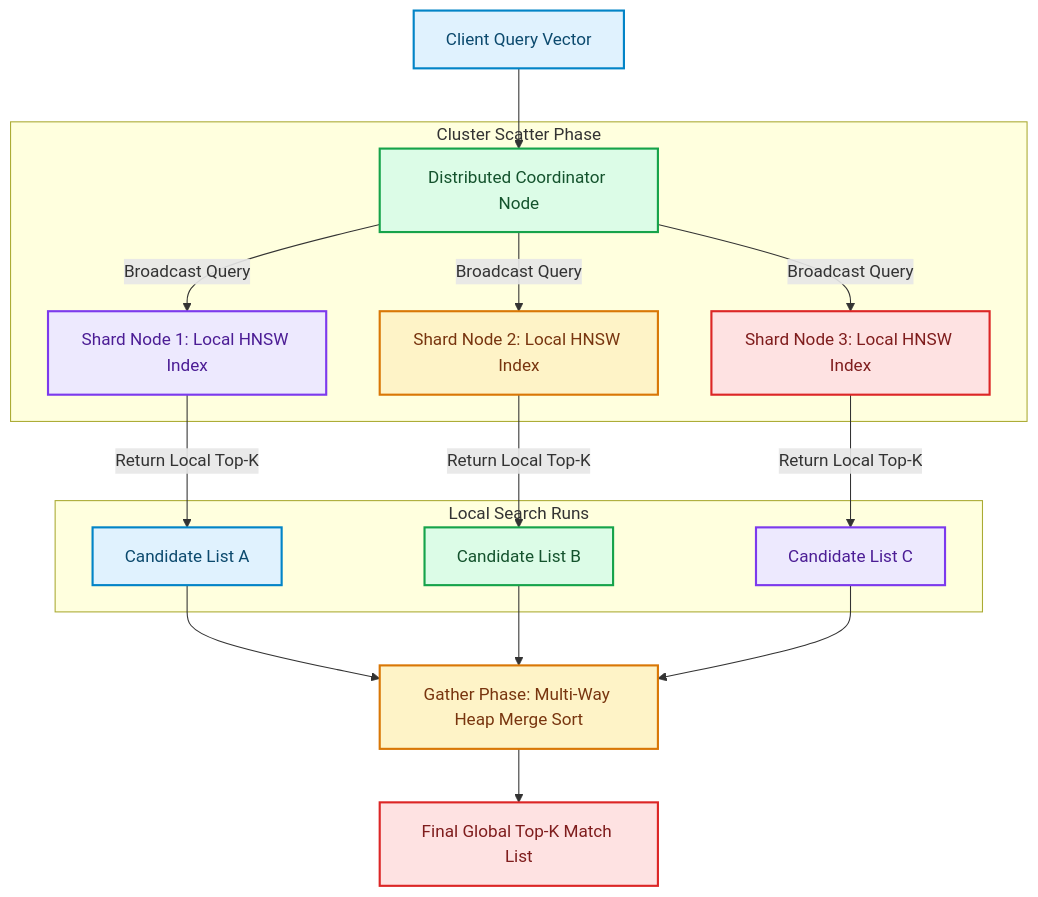
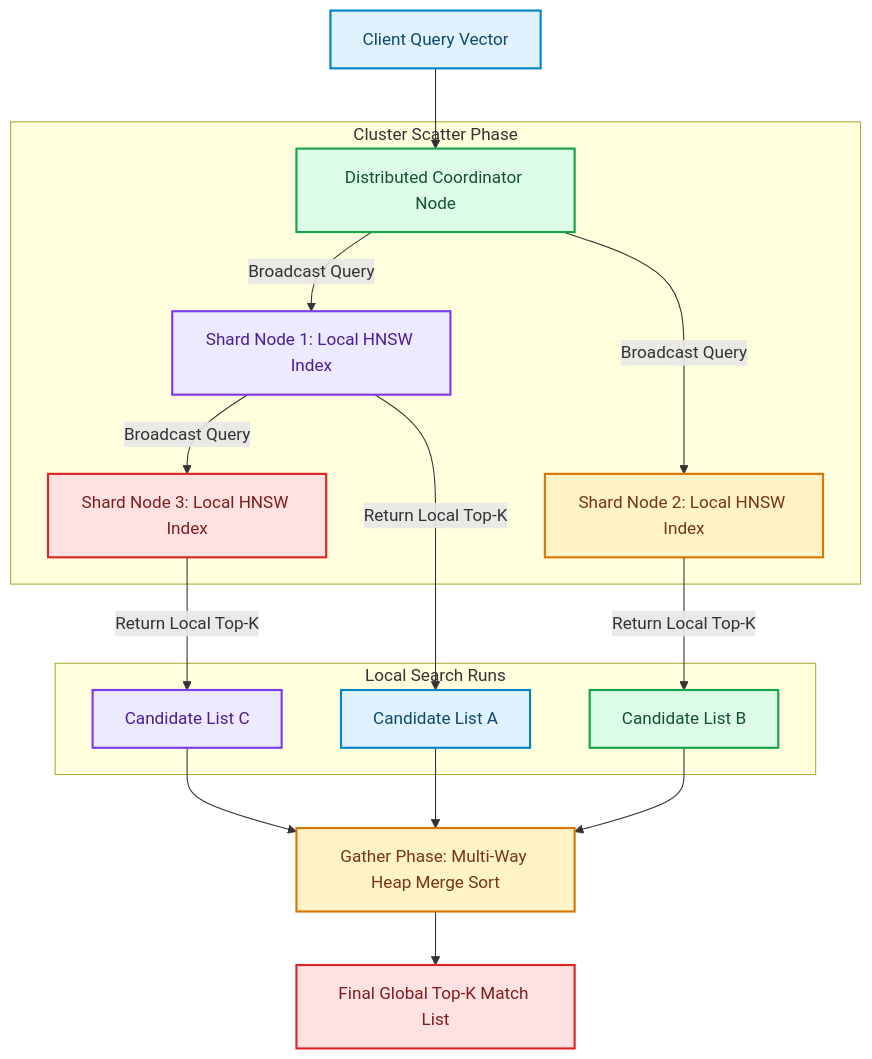
One commit to akmalkhaniub/akmalkhaniub.github.io changed the diagram in blog/posts/distributed-vector-routing-sharding-query-merging-multi-node-indexes.md. Above: the diagram before and after it, drawn with Mermaid. The commit also changed other lines of this file and 894 other files, not shown here.

Commit message:
feat(blog): upgrade all 444 posts with unique staggered dates, 2-col Mermaid spines, benchmark tables, code blocks, and trade-offs

````diff
--- a/blog/posts/distributed-vector-routing-sharding-query-merging-multi-node-indexes.md
+++ b/blog/posts/distributed-vector-routing-sharding-query-merging-multi-node-indexes.md
@@ -17,33 +17,33 @@
 ```mermaid
 flowchart TD
   A["Client Query Vector"] --> B["Distributed Coordinator Node"]
   
   subgraph SG1_ClusterScatterPhase ["Cluster Scatter Phase"]
     B -->|Broadcast Query| C["Shard Node 1: Local HNSW Index"]
     B -->|Broadcast Query| D["Shard Node 2: Local HNSW Index"]
-    B -->|Broadcast Query| E["Shard Node 3: Local HNSW Index"]
+    C --> |Broadcast Query| E["Shard Node 3: Local HNSW Index"]
   end
   
   subgraph SG2_LocalSearchRuns ["Local Search Runs"]
     C -->|Return Local Top-K| F["Candidate List A"]
     D -->|Return Local Top-K| G["Candidate List B"]
     E -->|Return Local Top-K| H["Candidate List C"]
   end
   
   F --> I["Gather Phase: Multi-Way Heap Merge Sort"]
   G --> I
   H --> I
   
   I --> J["Final Global Top-K Match List"]
 
 classDef green fill:#dcfce7,stroke:#16a34a,stroke-width:2px,color:#14532d;
 classDef red fill:#fee2e2,stroke:#dc2626,stroke-width:2px,color:#7f1d1d;
 classDef blue fill:#e0f2fe,stroke:#0284c7,stroke-width:2px,color:#0c4a6e;
 classDef yellow fill:#fef3c7,stroke:#d97706,stroke-width:2px,color:#78350f;
 classDef purple fill:#ede9fe,stroke:#7c3aed,stroke-width:2px,color:#4c1d95;
 class A,F blue
 class B,G green
 class C,H purple
 class D,I yellow
 class E,J red
 ```
````
